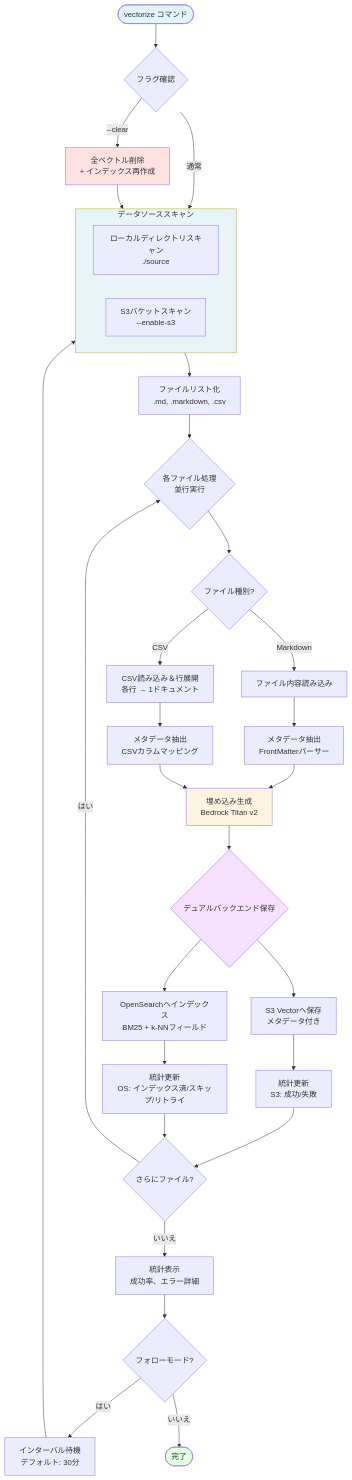
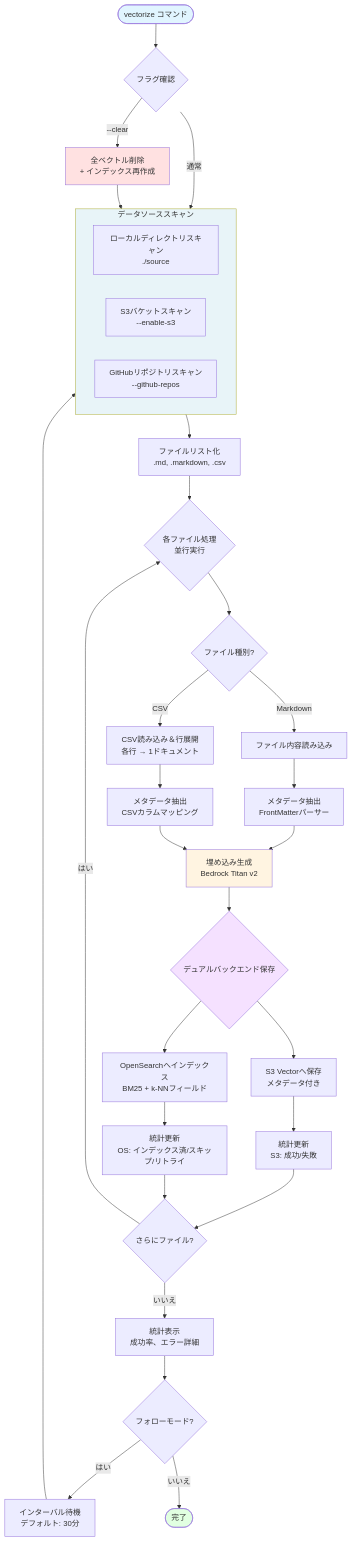
Before and after one commit to ca-srg/ragent: the sixth of 6 diagrams in README_ja.md, drawn with Mermaid. The commit also changed other lines of this file and 2 other files, not shown here.

Commit message:
docs: add detailed GitHub data source guide and update READMEs with references

````diff
--- a/README_ja.md
+++ b/README_ja.md
@@ -285,54 +286,55 @@
 ```mermaid
 flowchart TD
     Start([vectorize コマンド]) --> CheckFlags{フラグ確認}
 
     CheckFlags -->|--clear| Clear[全ベクトル削除<br/>+ インデックス再作成]
     CheckFlags -->|通常| ScanSources
     Clear --> ScanSources
 
     subgraph ScanSources[データソーススキャン]
         LocalScan[ローカルディレクトリスキャン<br/>./source]
         S3Scan[S3バケットスキャン<br/>--enable-s3]
+        GHScan[GitHubリポジトリスキャン<br/>--github-repos]
     end
 
     ScanSources --> Files[ファイルリスト化<br/>.md, .markdown, .csv]
 
     Files --> Loop{各ファイル処理<br/>並行実行}
 
     Loop --> FileType{ファイル種別?}
 
     FileType -->|Markdown| ReadMD[ファイル内容読み込み]
     FileType -->|CSV| ReadCSV[CSV読み込み＆行展開<br/>各行 → 1ドキュメント]
 
     ReadMD --> Extract[メタデータ抽出<br/>FrontMatterパーサー]
     ReadCSV --> ExtractCSV[メタデータ抽出<br/>CSVカラムマッピング]
 
     Extract --> Embed[埋め込み生成<br/>Bedrock Titan v2]
     ExtractCSV --> Embed
 
     Embed --> Dual{デュアルバックエンド保存}
 
     Dual --> S3Store[S3 Vectorへ保存<br/>メタデータ付き]
     Dual --> OSIndex[OpenSearchへインデックス<br/>BM25 + k-NNフィールド]
 
     S3Store --> Stats1[統計更新<br/>S3: 成功/失敗]
     OSIndex --> Stats2[統計更新<br/>OS: インデックス済/スキップ/リトライ]
 
     Stats1 --> Check{さらにファイル?}
     Stats2 --> Check
 
     Check -->|はい| Loop
     Check -->|いいえ| Report[統計表示<br/>成功率、エラー詳細]
 
     Report --> Follow{フォローモード?}
     Follow -->|はい| Wait[インターバル待機<br/>デフォルト: 30分]
     Wait --> ScanSources
     Follow -->|いいえ| End([完了])
 
     style Start fill:#e1f5ff
     style Clear fill:#ffe1e1
     style ScanSources fill:#e8f4f8
     style Embed fill:#fff4e1
     style Dual fill:#f5e1ff
     style End fill:#e1ffe1
 ```
````
